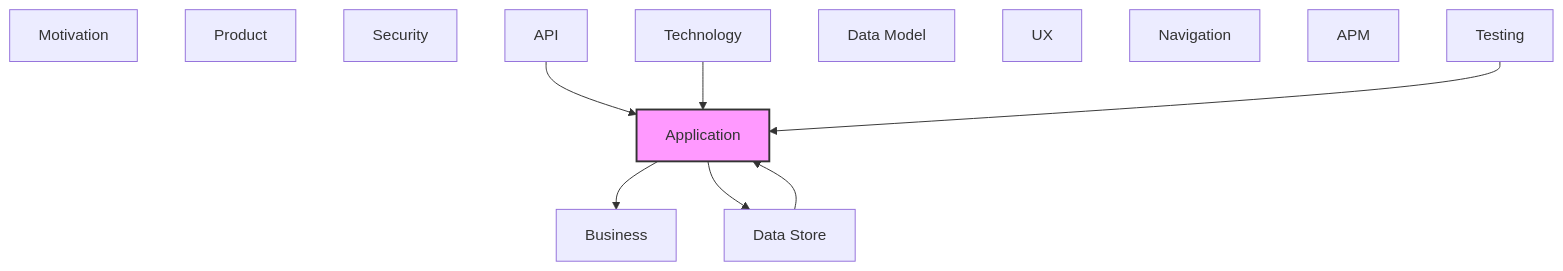
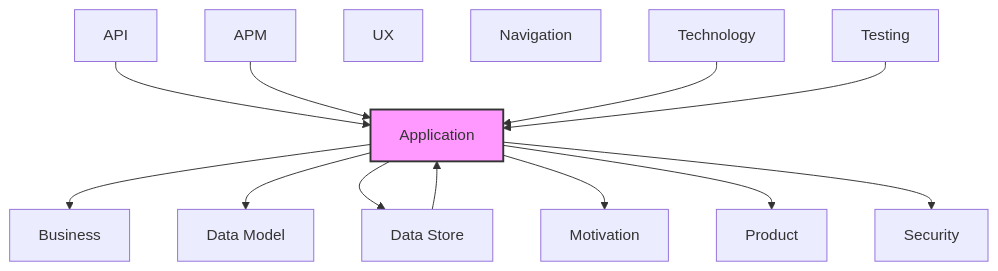
The diagram in documentation-robotics/reports/05-application-layer-report.md (tinkermonkey/context-studio), drawn with Mermaid before and after one commit. The commit also changed other lines of this file and 93 other files, not shown here.

````diff
--- a/documentation-robotics/reports/05-application-layer-report.md
+++ b/documentation-robotics/reports/05-application-layer-report.md
@@ -93,24 +229,29 @@
 ```mermaid
 flowchart TB
   classDef current fill:#f9f,stroke:#333,stroke-width:2px
   motivation["Motivation"]
   business["Business"]
   product["Product"]
   security["Security"]
   application["Application"]
   technology["Technology"]
   api["API"]
   data_model["Data Model"]
   data_store["Data Store"]
   ux["UX"]
   navigation["Navigation"]
   apm["APM"]
   testing["Testing"]
   api --> application
+  apm --> application
   application --> business
+  application --> data_model
   application --> data_store
+  application --> motivation
+  application --> product
+  application --> security
   data_store --> application
   technology --> application
   testing --> application
   class application current
 ```
````
